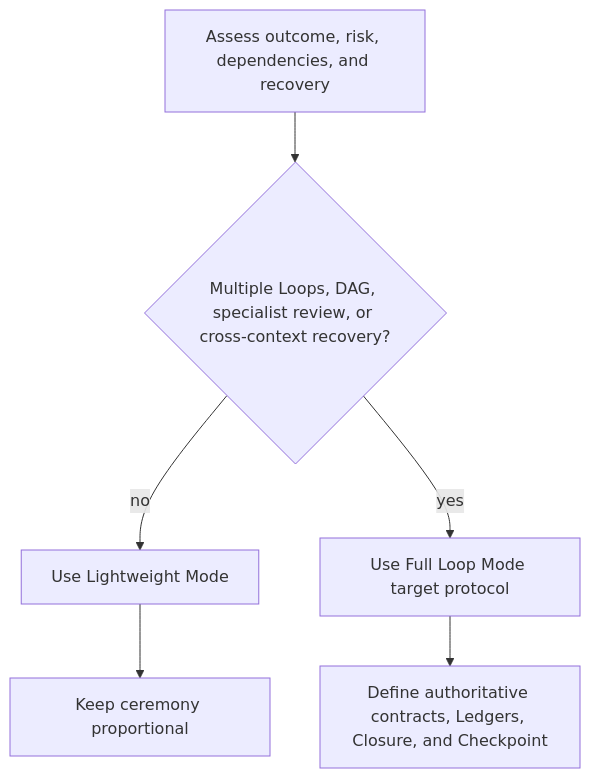
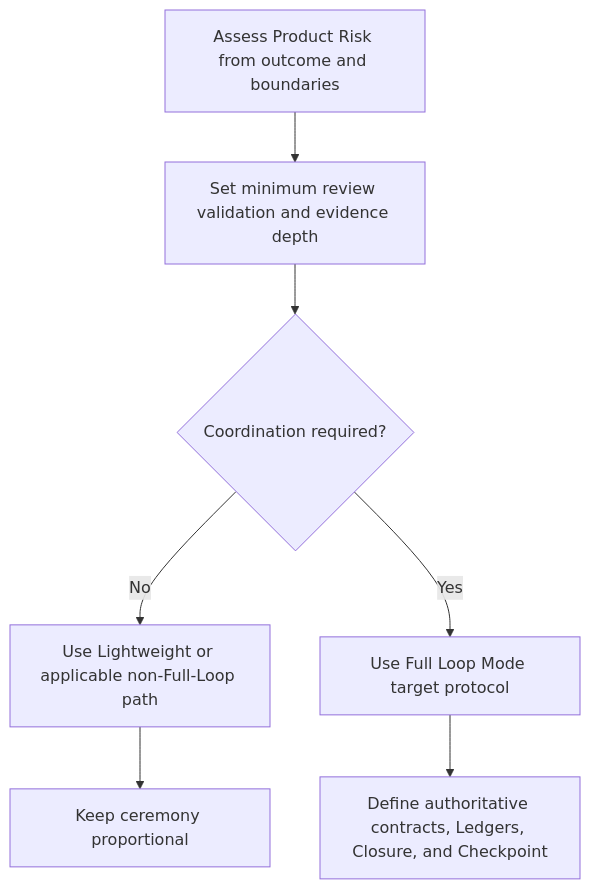
One commit to tutict/LoopPilot changed the diagram in docs/protocol-modes-and-state-sources.md. Above: the diagram before and after it, drawn with Mermaid. The commit also changed other lines of this file and 63 other files, not shown here.

````diff
--- a/docs/protocol-modes-and-state-sources.md
+++ b/docs/protocol-modes-and-state-sources.md
@@ -71,8 +74,9 @@
 ```mermaid
 flowchart TD
-    S["Assess outcome, risk, dependencies, and recovery"] --> Q{"Multiple Loops, DAG, specialist review, or cross-context recovery?"}
-    Q -->|no| L["Use Lightweight Mode"]
-    Q -->|yes| F["Use Full Loop Mode target protocol"]
+    S["Assess Product Risk from outcome and boundaries"] --> R["Set minimum review validation and evidence depth"]
+    R --> Q{"Coordination required?"}
+    Q -->|No| L["Use Lightweight or applicable non-Full-Loop path"]
+    Q -->|Yes| F["Use Full Loop Mode target protocol"]
     L --> P["Keep ceremony proportional"]
     F --> C["Define authoritative contracts, Ledgers, Closure, and Checkpoint"]
 ```
````
